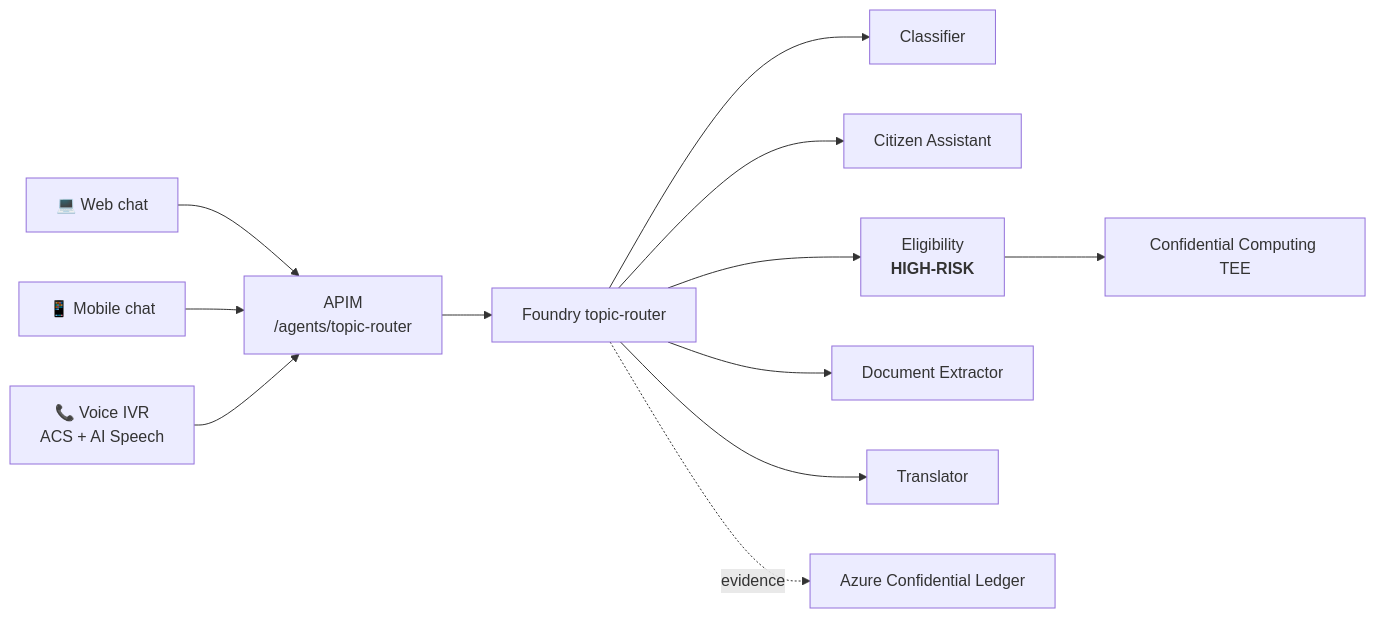
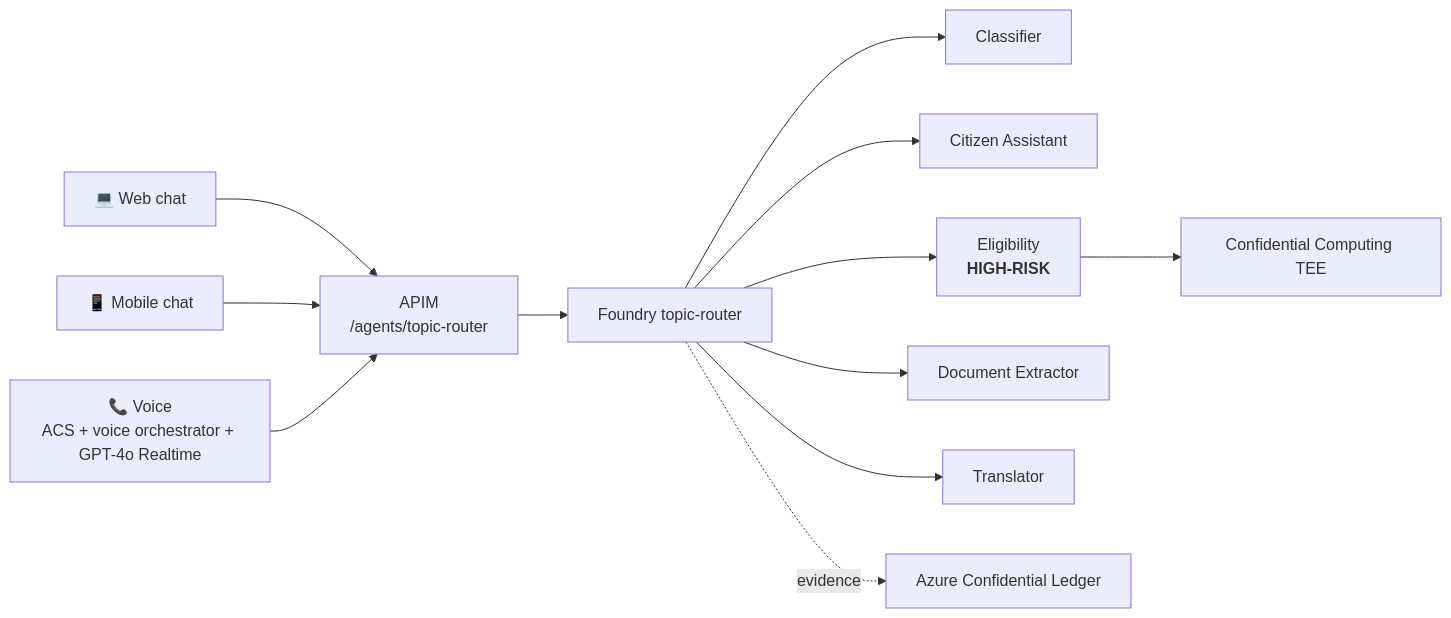
The second of 6 diagrams in docs/biz/ai.md (fredgis/UDCSP), drawn with Mermaid before and after one commit. The commit also changed other lines of this file and 3 other files, not shown here.

First line of the commit message:
docs: align mermaid diagrams with current live state

````diff
--- a/docs/biz/ai.md
+++ b/docs/biz/ai.md
@@ -288,14 +288,14 @@
 ```mermaid
 flowchart LR
     WEB["💻 Web chat"] --> APIM["APIM<br/>/agents/topic-router"]
     MOB["📱 Mobile chat"] --> APIM
-    VOX["📞 Voice IVR<br/>ACS + AI Speech"] --> APIM
+    VOX["📞 Voice<br/>ACS + voice orchestrator + GPT-4o Realtime"] --> APIM
     APIM --> ROUTER["Foundry topic-router"]
     ROUTER --> CLS["Classifier"]
     ROUTER --> AST["Citizen Assistant"]
     ROUTER --> ELI["Eligibility<br/><b>HIGH-RISK</b>"]
     ROUTER --> DOC["Document Extractor"]
     ROUTER --> TRA["Translator"]
     ELI --> TEE["Confidential Computing TEE"]
     ROUTER -. evidence .-> LEDGER["Azure Confidential Ledger"]
 ```
````
